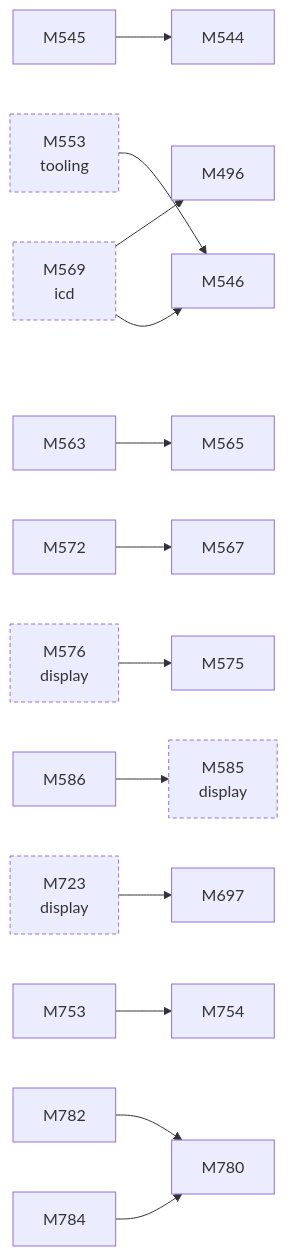
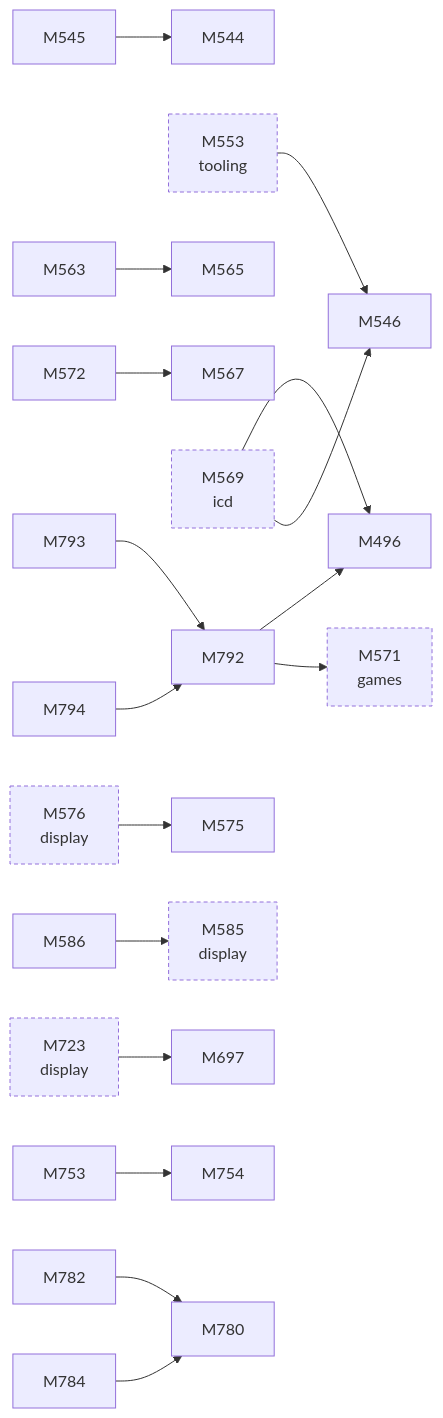
The second of 2 diagrams in docs/facts/graphs/d3d.md (D-Ogi/amdgpu-wddm), drawn with Mermaid before and after one commit. The commit also changed 26 other files, not shown here.

````diff
--- a/docs/facts/graphs/d3d.md
+++ b/docs/facts/graphs/d3d.md
@@ -19,38 +19,46 @@
 ```mermaid
 flowchart LR
   M496["M496"]
   M544["M544"]
   M545["M545"]
   M546["M546"]
   M553["M553<br/>tooling"]
   M563["M563"]
   M565["M565"]
   M567["M567"]
   M569["M569<br/>icd"]
+  M571["M571<br/>games"]
   M572["M572"]
   M575["M575"]
   M576["M576<br/>display"]
   M585["M585<br/>display"]
   M586["M586"]
   M697["M697"]
   M723["M723<br/>display"]
   M753["M753"]
   M754["M754"]
   M780["M780"]
   M782["M782"]
   M784["M784"]
+  M792["M792"]
+  M793["M793"]
+  M794["M794"]
   M576 --> M575
   M723 --> M697
   M569 --> M496
   M569 --> M546
   M545 --> M544
   M563 --> M565
   M572 --> M567
   M586 --> M585
   M753 --> M754
   M782 --> M780
   M784 --> M780
+  M792 --> M496
+  M792 --> M571
+  M793 --> M792
+  M794 --> M792
   M553 --> M546
   classDef other stroke-dasharray:4 3
-  class M553,M569,M576,M585,M723 other
+  class M553,M569,M571,M576,M585,M723 other
 ```
````
